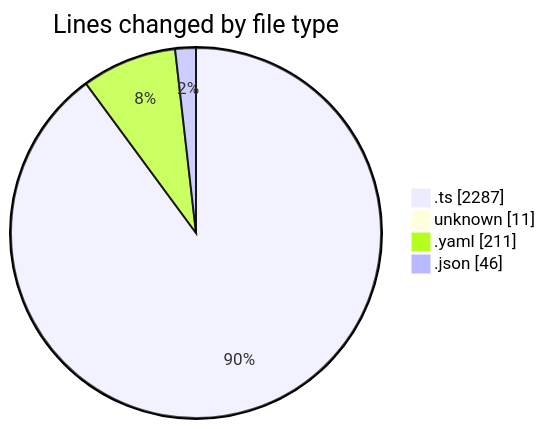
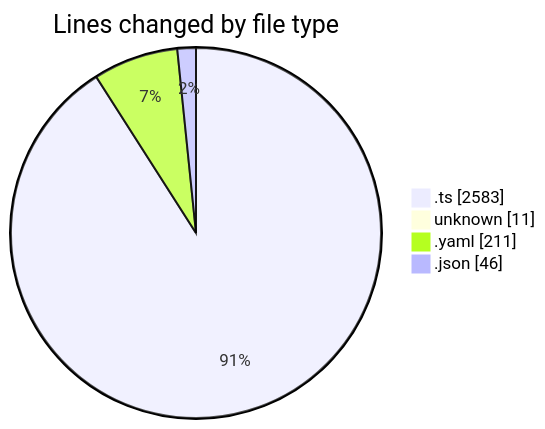
The first of 2 diagrams in 2025-10-01/oura-api/README.md (mevix1/code-tracking), drawn with Mermaid before and after one commit. The commit also changed other lines of this file and 1 other file, not shown here.

````diff
--- a/2025-10-01/oura-api/README.md
+++ b/2025-10-01/oura-api/README.md
@@ -45,8 +46,8 @@
 ```mermaid
 pie showData
 title Lines changed by file type
-".ts" : 2287
+".ts" : 2583
 "unknown" : 11
 ".yaml" : 211
 ".json" : 46
 ```
````
